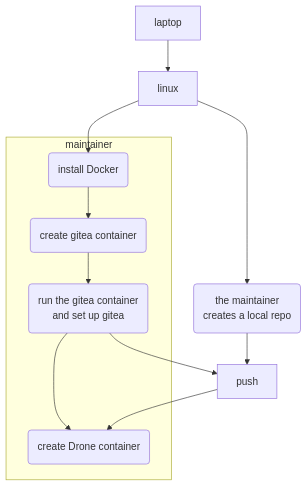
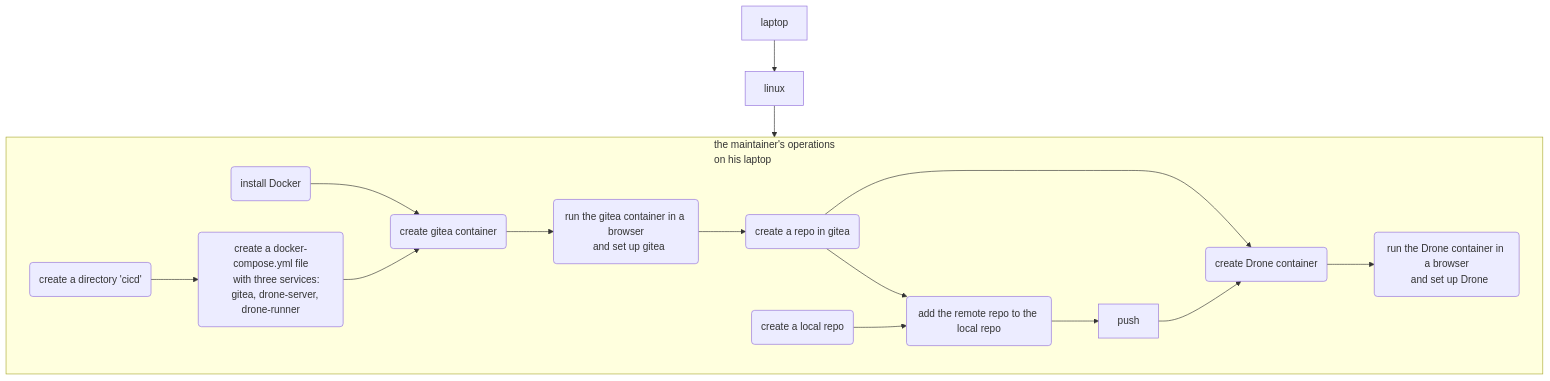
The diagram in selfhosted_cicd.md (cardinal-II/learn-it-dev-with-diagrams), drawn with Mermaid before and after one commit.

````diff
--- a/selfhosted_cicd.md
+++ b/selfhosted_cicd.md
@@ -1,19 +1,28 @@
 ```mermaid
 graph TD;
-laptop-->linux-->docker;
-subgraph maintainer
-    docker --> gitea -->setup_gitea --> drone;
+laptop-->linux-->maintainer;
+subgraph maintainer["the maintainer's operations
+    on his laptop"]
+    docker --> gitea -->setup_gitea --> gitea_repo--> drone;
+    cicd_directory-->compose--> gitea
+    m_local_repo-->remote_repo-->push --> drone-->setup_drone
+    gitea_repo-->remote_repo
     end
-linux-->m_local_repo-->push
-setup_gitea-->push --> drone
+
 
 
 docker(install Docker);
 gitea(create gitea container);
+setup_gitea("run the gitea container in a browser
+  and set up gitea");
+gitea_repo("create a repo in gitea");
+m_local_repo("create a local repo");
+remote_repo("add the remote repo to the local repo");
+cicd_directory("create a directory 'cicd'");
+compose("create a docker-compose.yml file
+    with three services:
+    gitea, drone-server, drone-runner");
 drone(create Drone container);
-setup_gitea("run the gitea container
-  and set up gitea");
-m_local_repo("the maintainer
-  creates a local repo");
-maintainer(the maintainer's operations on his laptop);
+setup_drone("run the Drone container in a browser
+  and set up Drone");
 ```
````
